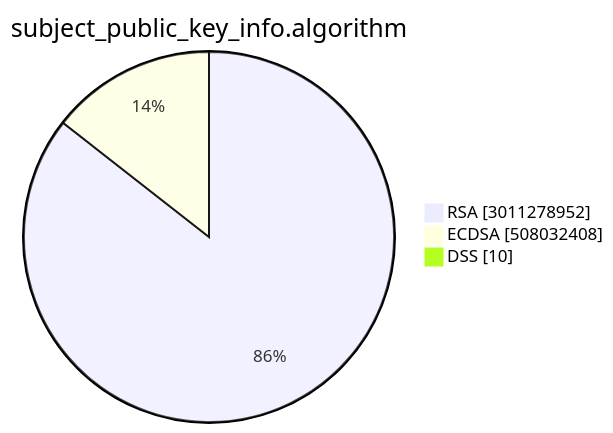
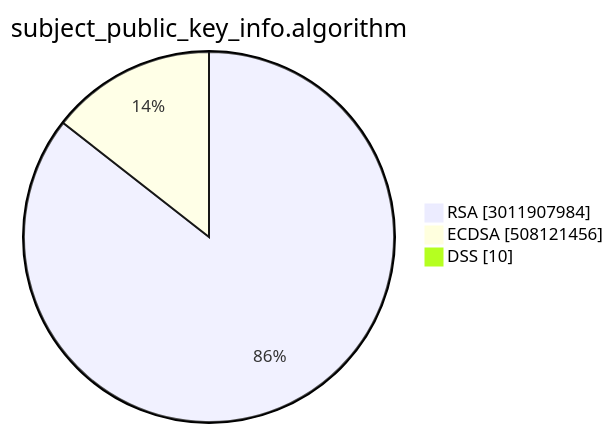
One commit to christiankrug/ctmonitor_visualization changed the second of 15 diagrams in TOTAL/README.md. Above: the diagram before and after it, drawn with Mermaid. The commit also changed other lines of this file, not shown here.

````diff
--- a/TOTAL/README.md
+++ b/TOTAL/README.md
@@ -6,7 +6,7 @@
 ```mermaid
 pie showData
 title subject_public_key_info.algorithm
-"RSA" :3011278952
-"ECDSA" :508032408
+"RSA" :3011907984
+"ECDSA" :508121456
 "DSS" :10
 ```
````
